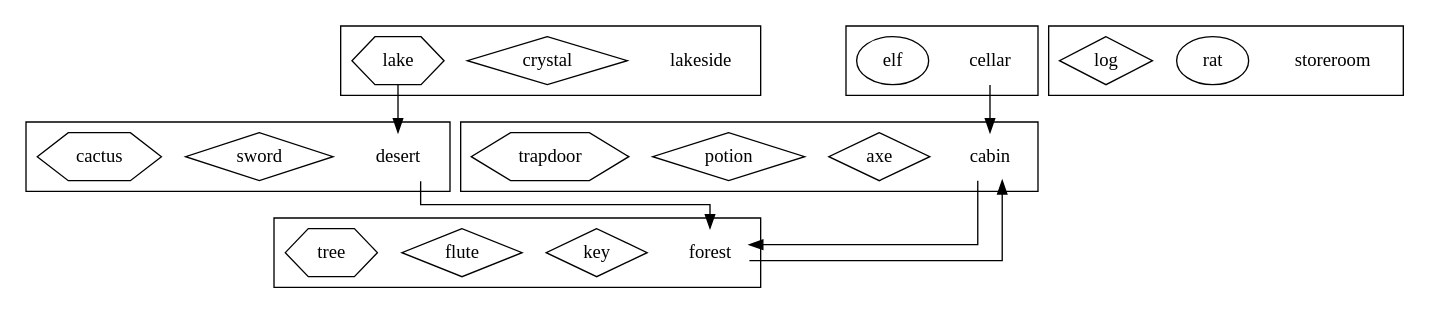
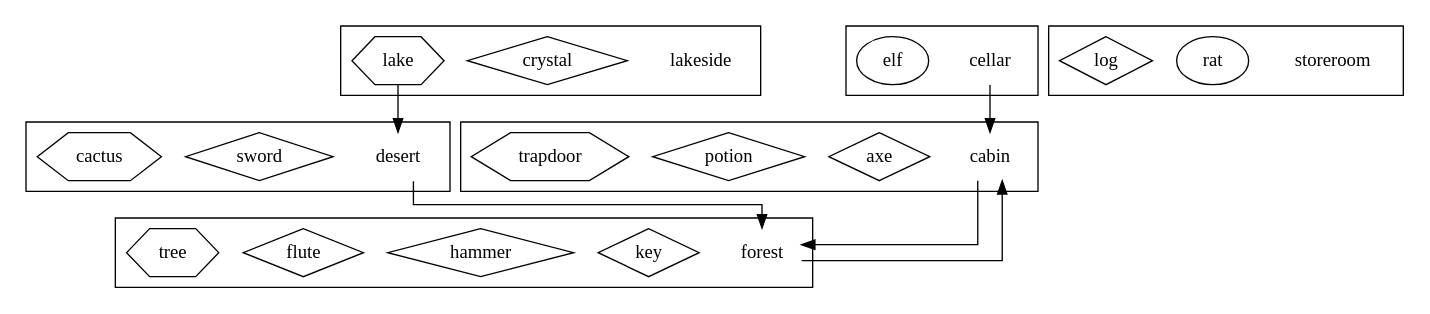
Before and after one commit to ariellethijs/JAVA-CW-2023: the diagram in cw-stag/config/test-entities.dot, drawn with Graphviz. The commit also changed 5 other files, not shown here.

```diff
--- a/cw-stag/config/test-entities.dot
+++ b/cw-stag/config/test-entities.dot
@@ -1,95 +1,96 @@
 digraph layout {
     /* ortho splines just makes the arrows into straight lines (rather than curvy ones !) */
     splines = ortho;
     node [shape = "rect"];
 
     subgraph locations {
         subgraph cluster001 {
             node [shape = "none"];
             cabin [description = "A log cabin in the woods"];
             subgraph artefacts {
                 node [shape = "diamond"];
                 axe [description = "A razor sharp axe"];
                 potion [description = "Magic potion"];
             }
             subgraph furniture {
                 node [shape = "hexagon"];
                 trapdoor [description = "Wooden trapdoor"];
             }
         }
 
         subgraph cluster002 {
             node [shape = "none"];
             forest [description = "A dark forest"];
             subgraph artefacts {
                 node [shape = "diamond"];
                 key [description = "Brass key"];
+                hammer [description = "A heavy hammer"];
                 flute [description = "A magic flute"];
             }
             subgraph furniture {
                 node [shape = "hexagon"];
                 tree [description = "A big tree"];
             }
         }
 
         subgraph cluster003 {
             node [shape = "none"];
             cellar [description = "A dusty cellar"]
             subgraph characters {
                 node [shape = "ellipse"];
                 elf [description = "Angry Elf"];
             }
         }
 
         subgraph cluster004 {
             node [shape = "none"];
             desert [description = "A sandy desert"];
             subgraph artefacts {
                 node [shape = "diamond"];
                 sword [description = "A sharp blade"];
             }
             subgraph furniture {
                 node [shape = "hexagon"];
                 cactus [description = "A prickly cactus"];
             }
         }
 
         subgraph cluster005 {
              node [shape = "none"];
              lakeside [description = "An underground lake"];
              subgraph artefacts {
                   node [shape = "diamond"];
                   crystal [description = "A shiny crystal"];
              }
              subgraph furniture {
                   node [shape = "hexagon"];
                   lake [description = "A shimmering lake"];
              }
         }
 
         subgraph cluster999 {
             node [shape = "none"];
             storeroom [description = "Storage for any entities not placed in the game"]
             subgraph characters {
                 node [shape = "ellipse"];
                 rat [description = "A desert rat"]
             }
             subgraph artefacts {
                 node [shape = "diamond"];
                 log [description = "A heavy wooden log"];
             }
             subgraph furniture {
                 node [shape = "hexagon"];
             }
         }
     }
 
     subgraph paths {
         cabin -> forest;
         forest -> cabin;
         cellar -> cabin;
         desert -> forest;
         lake -> desert;
     }
 
 }
```
